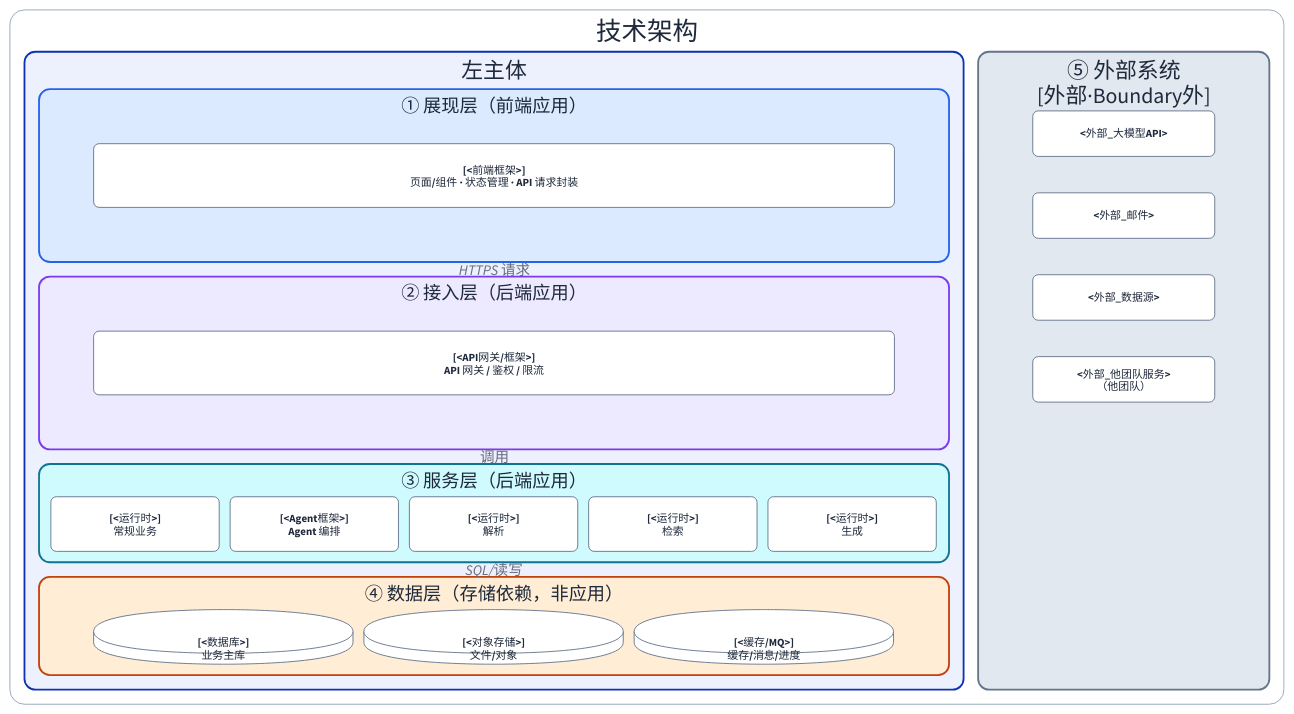
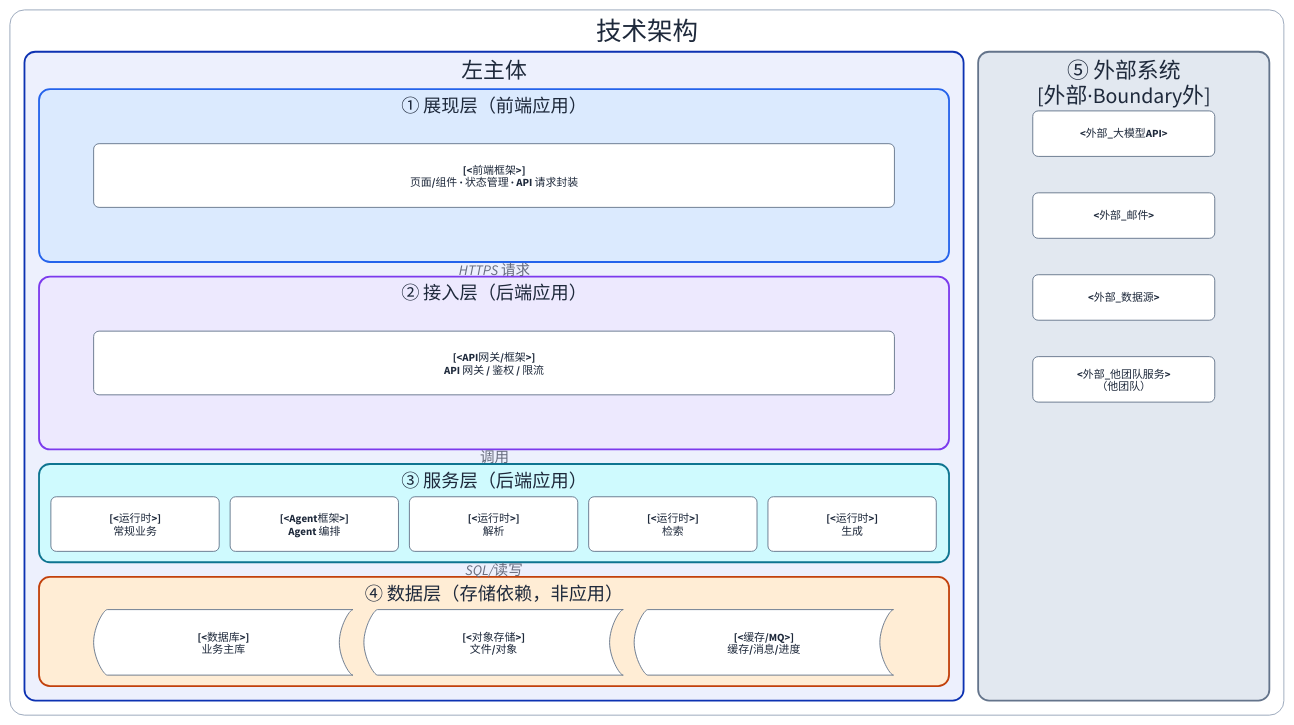
The diagram in skills/doc-arch-rules/references/templates/L2/TECHNOLOGY-ARCHITECTURE.template.md (syllr/skills), drawn with D2 before and after one commit. The commit also changed other lines of this file and 21 other files, not shown here.

```diff
--- a/skills/doc-arch-rules/references/templates/L2/TECHNOLOGY-ARCHITECTURE.template.md
+++ b/skills/doc-arch-rules/references/templates/L2/TECHNOLOGY-ARCHITECTURE.template.md
@@ -152,9 +152,9 @@
  style.border-radius: 12
  grid-columns: 3
  grid-gap: 12
- t4a: { label: "[<数据库>]\n业务主库"; shape: cylinder; width: 285; height: 60; class: mod }
- t4b: { label: "[<对象存储>]\n文件/对象"; shape: cylinder; width: 285; height: 60; class: mod }
- t4c: { label: "[<缓存/MQ>]\n缓存/消息/进度"; shape: cylinder; width: 285; height: 60; class: mod }
+ t4a: { label: "[<数据库>]\n业务主库"; shape: stored_data; width: 285; height: 72; class: mod }
+ t4b: { label: "[<对象存储>]\n文件/对象"; shape: stored_data; width: 285; height: 72; class: mod }
+ t4c: { label: "[<缓存/MQ>]\n缓存/消息/进度"; shape: stored_data; width: 285; height: 72; class: mod }
  }
  }
 
```
